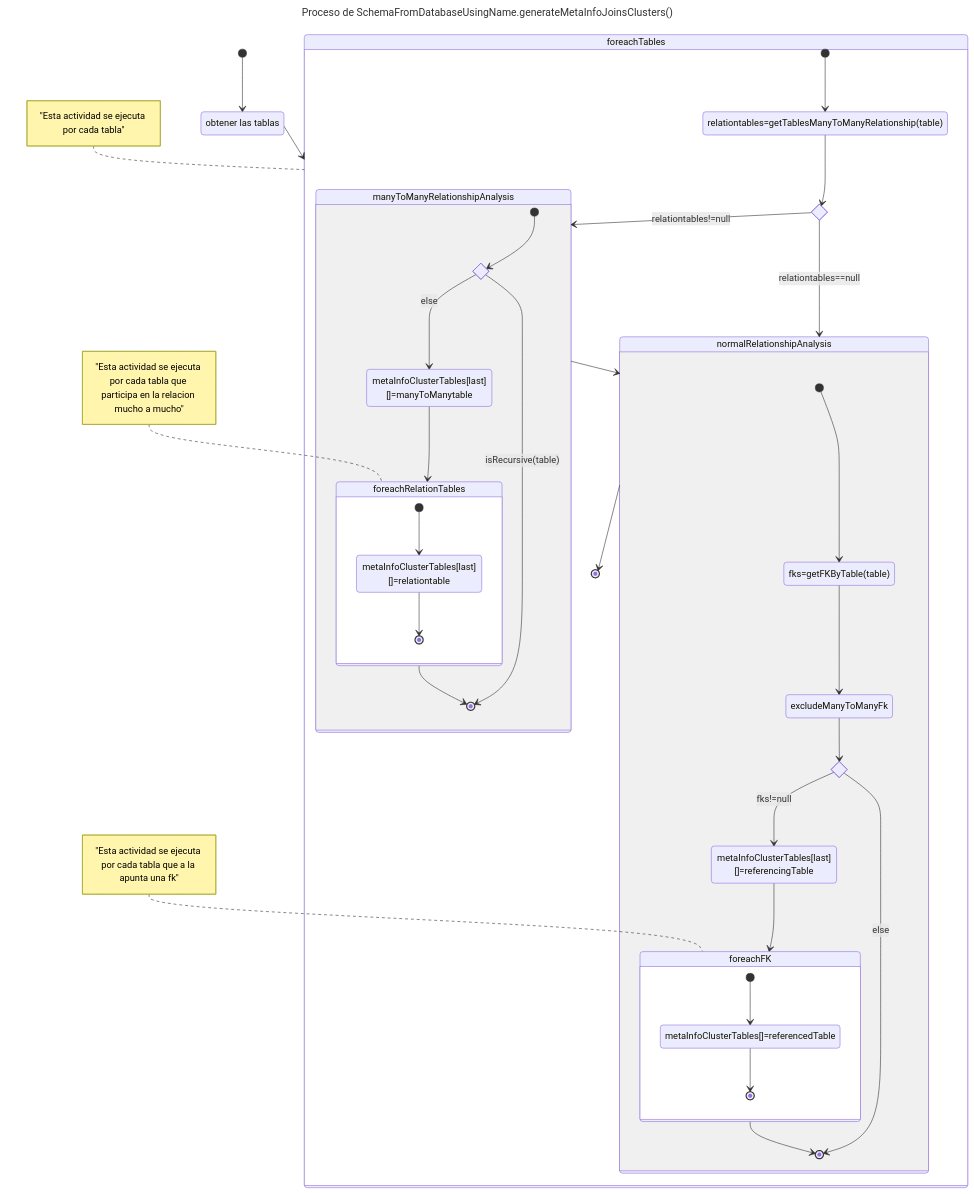
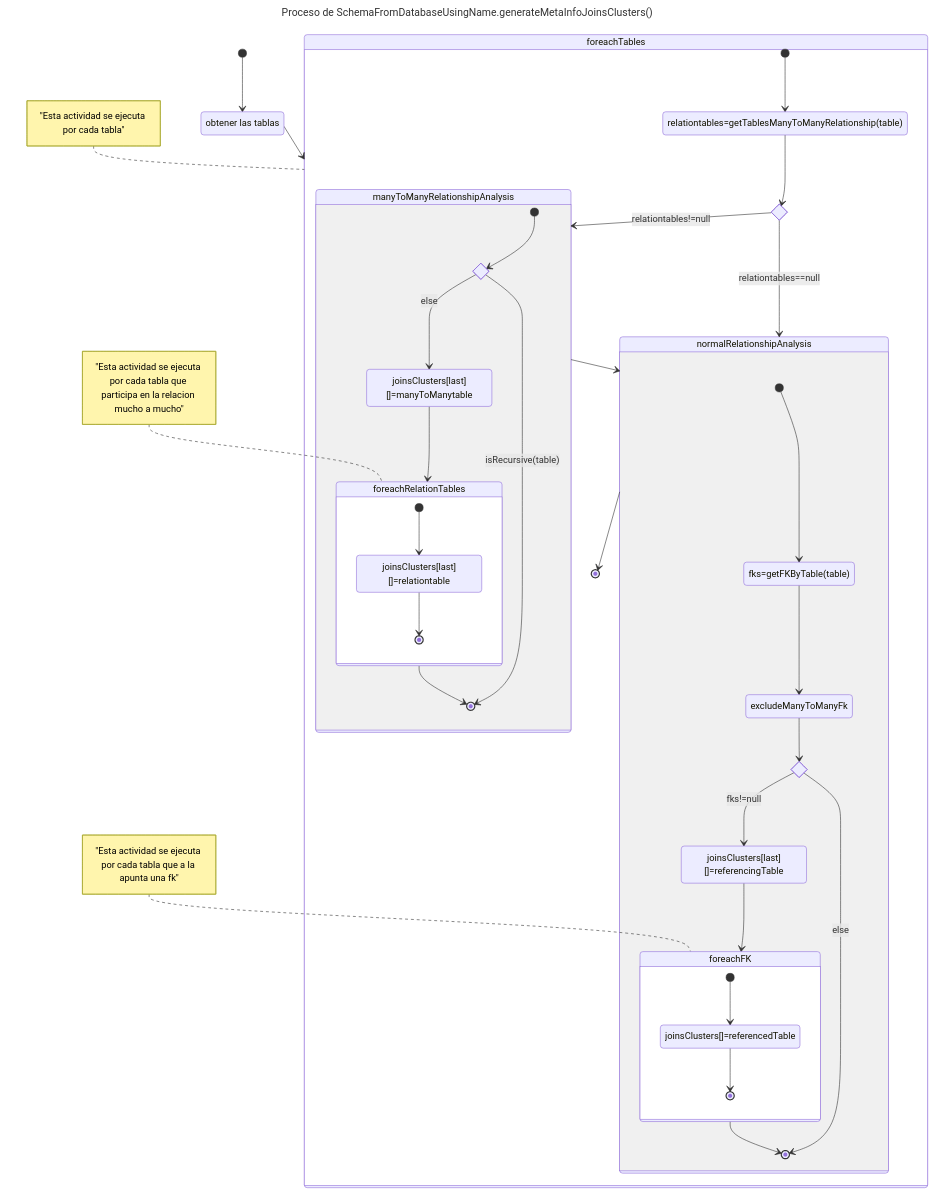
Before and after one commit to israeldavidvm/database-auditor: the second of 3 diagrams in README.md, drawn with Mermaid. The commit also changed other lines of this file and 7 other files, not shown here.

```diff
--- a/README.md
+++ b/README.md
@@ -160,7 +172,7 @@
 
             if2 --> addManyManyTable : else
 
-            addManyManyTable: metaInfoClusterTables[last][]=manyToManytable
+            addManyManyTable: joinsClusters[last][]=manyToManytable
 
             addManyManyTable --> foreachRelationTables
 
@@ -168,7 +180,7 @@
 
             state foreachRelationTables {
             
-                addRelationTable: metaInfoClusterTables[last][]=relationtable
+                addRelationTable: joinsClusters[last][]=relationtable
 
                 [*] --> addRelationTable
 
@@ -195,14 +207,14 @@
 
             if3 --> [*] : else
 
-            addReferencingTable: metaInfoClusterTables[last][]=referencingTable
+            addReferencingTable: joinsClusters[last][]=referencingTable
             if3 --> addReferencingTable : fks!=null
 
             addReferencingTable  --> foreachFK
             note left of foreachFK : "Esta actividad se ejecuta por cada tabla que a la apunta una fk"
             state foreachFK {
             
-                addReferencedTable : metaInfoClusterTables[]=referencedTable
+                addReferencedTable : joinsClusters[]=referencedTable
 
                 [*] --> addReferencedTable
 
```
